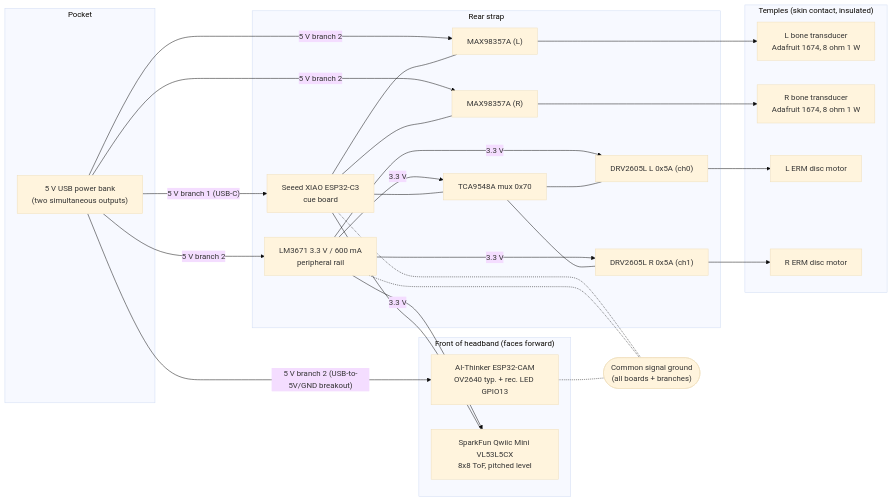
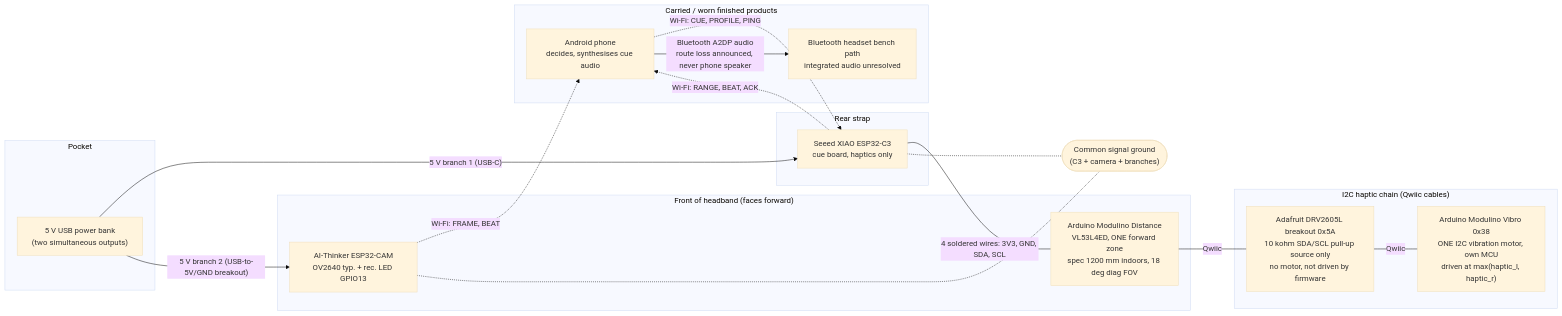
One commit to nunera/Determine changed the first of 6 diagrams in docs/flows/hardware.md. Above: the diagram before and after it, drawn with Mermaid (base theme). The commit also changed other lines of this file and 159 other files, not shown here.

First line of the commit message:
Bring iOS app live with tuning, diagnostics, OCR and Vibro firmware

````diff
--- a/docs/flows/hardware.md
+++ b/docs/flows/hardware.md
@@ -14,48 +25,33 @@
 ```mermaid
 flowchart LR
   subgraph FRONT["Front of headband (faces forward)"]
     CAM["AI-Thinker ESP32-CAM<br/>OV2640 typ. + rec. LED GPIO13"]
-    TOF["SparkFun Qwiic Mini VL53L5CX<br/>8x8 ToF, pitched level"]
+    TOF["Arduino Modulino Distance<br/>VL53L4ED, ONE forward zone<br/>spec 1200 mm indoors, 18 deg diag FOV"]
   end
-  subgraph TEMPLES["Temples (skin contact, insulated)"]
-    BL["L bone transducer<br/>Adafruit 1674, 8 ohm 1 W"]
-    BR["R bone transducer<br/>Adafruit 1674, 8 ohm 1 W"]
-    EL["L ERM disc motor"]
-    ER["R ERM disc motor"]
+  subgraph HAPTIC["I2C haptic chain (Qwiic cables)"]
+    DRV["Adafruit DRV2605L breakout 0x5A<br/>10 kohm SDA/SCL pull-up source only<br/>no motor, not driven by firmware"]
+    VIB["Arduino Modulino Vibro 0x38<br/>ONE I2C vibration motor, own MCU<br/>driven at max(haptic_l, haptic_r)"]
   end
   subgraph REAR["Rear strap"]
-    C3["Seeed XIAO ESP32-C3<br/>cue board"]
-    AMPL["MAX98357A (L)"]
-    AMPR["MAX98357A (R)"]
-    MUX["TCA9548A mux 0x70"]
-    DRVL["DRV2605L L 0x5A (ch0)"]
-    DRVR["DRV2605L R 0x5A (ch1)"]
-    LDO["LM3671 3.3 V / 600 mA<br/>peripheral rail"]
+    C3["Seeed XIAO ESP32-C3<br/>cue board, haptics only"]
   end
   subgraph POCKET["Pocket"]
     BANK["5 V USB power bank<br/>(two simultaneous outputs)"]
   end
+  subgraph PHONEHEAD["Carried / worn finished products"]
+    PHONE["Android phone<br/>decides, synthesises cue audio"]
+    HEAD["Bluetooth headset bench path<br/>integrated audio unresolved"]
+  end
   BANK -- "5 V branch 1 (USB-C)" --> C3
   BANK -- "5 V branch 2 (USB-to-5V/GND breakout)" --> CAM
-  BANK -- "5 V branch 2" --> AMPL
-  BANK -- "5 V branch 2" --> AMPR
-  BANK -- "5 V branch 2" --> LDO
-  LDO -- "3.3 V" --> TOF
-  LDO -- "3.3 V" --> MUX
-  LDO -- "3.3 V" --> DRVL
-  LDO -- "3.3 V" --> DRVR
-  C3 --- TOF
-  C3 --- MUX
-  MUX --- DRVL
-  MUX --- DRVR
-  C3 --- AMPL
-  C3 --- AMPR
-  AMPL --> BL
-  AMPR --> BR
-  DRVL --> EL
-  DRVR --> ER
-  GND(["Common signal ground<br/>(all boards + branches)"])
+  C3 -- "4 soldered wires: 3V3, GND, SDA, SCL" --- TOF
+  TOF -- "Qwiic" --- DRV
+  DRV -- "Qwiic" --- VIB
+  C3 -. "Wi-Fi: RANGE, BEAT, ACK" .-> PHONE
+  CAM -. "Wi-Fi: FRAME, BEAT" .-> PHONE
+  PHONE -. "Wi-Fi: CUE, PROFILE, PING" .-> C3
+  PHONE -- "Bluetooth A2DP audio<br/>route loss announced, never phone speaker" --> HEAD
+  GND(["Common signal ground<br/>(C3 + camera + branches)"])
   C3 -.- GND
   CAM -.- GND
-  LDO -.- GND
 ```
````
